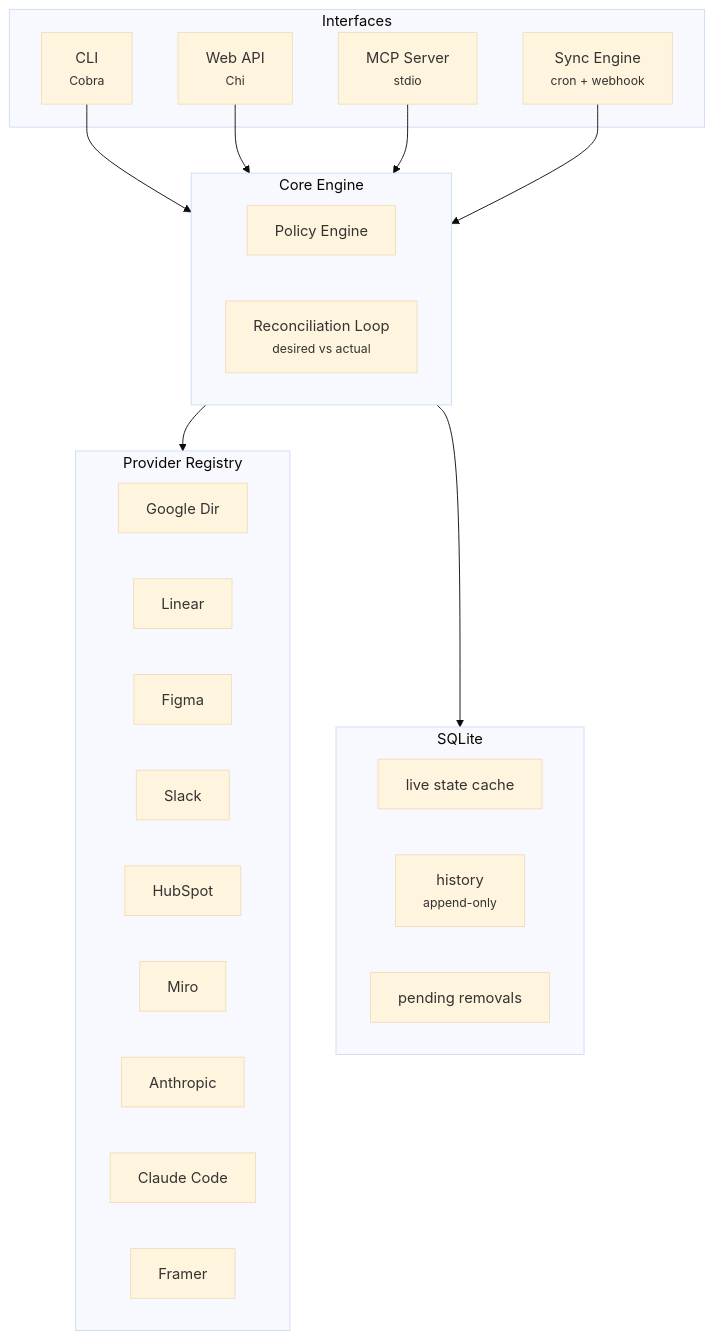
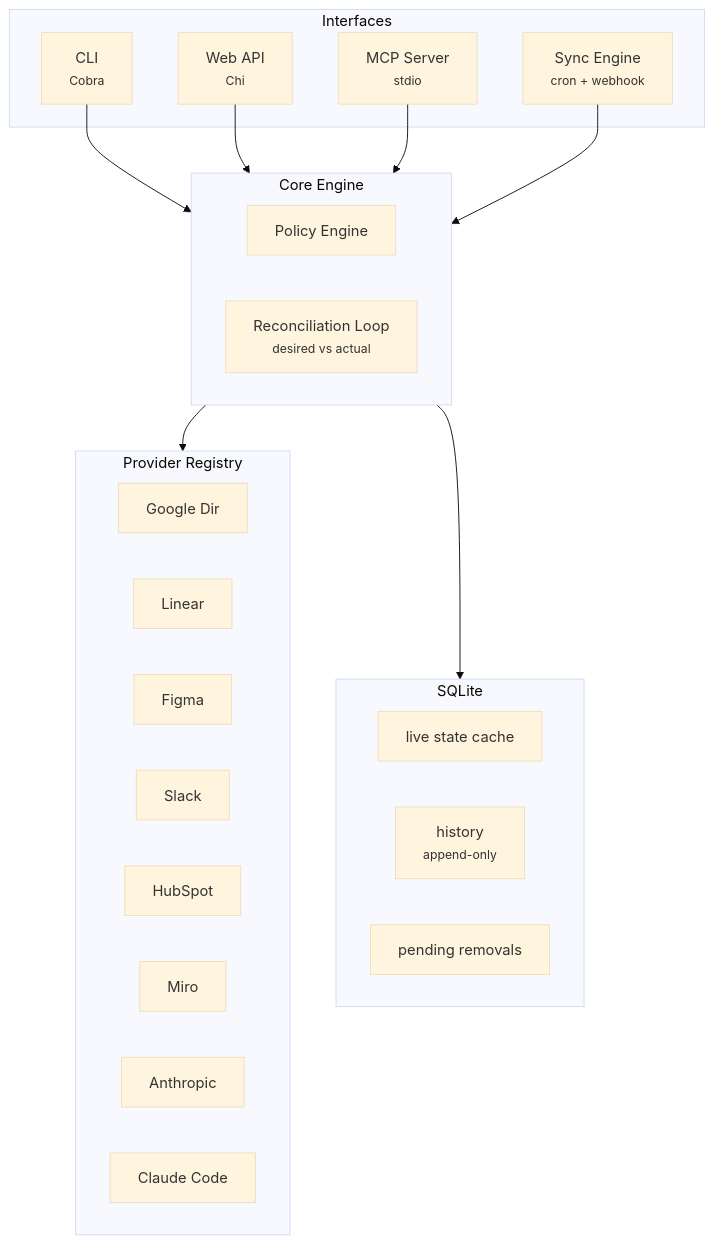
The third of 3 diagrams in README.md (sderosiaux/unseat), drawn with Mermaid (base theme) before and after one commit. The commit also changed other lines of this file and 8 other files, not shown here.

````diff
--- a/README.md
+++ b/README.md
@@ -242,36 +241,35 @@
 ```mermaid
 graph TB
     subgraph Interfaces
         CLI["CLI<br/><small>Cobra</small>"]
         API["Web API<br/><small>Chi</small>"]
         MCP["MCP Server<br/><small>stdio</small>"]
         SYNC["Sync Engine<br/><small>cron + webhook</small>"]
     end
 
     subgraph Core["Core Engine"]
         POLICY["Policy Engine"]
         RECON["Reconciliation Loop<br/><small>desired vs actual</small>"]
     end
 
     subgraph Providers["Provider Registry"]
         GOOGLE["Google Dir"]
         LINEAR["Linear"]
         FIGMA["Figma"]
         SLACK["Slack"]
         HUBSPOT["HubSpot"]
         MIRO["Miro"]
         ANTHROPIC["Anthropic"]
         CLAUDE["Claude Code"]
-        FRAMER["Framer"]
     end
 
     subgraph Storage["SQLite"]
         CACHE["live state cache"]
         HISTORY["history<br/><small>append-only</small>"]
         PENDING["pending removals"]
     end
 
     CLI & API & MCP & SYNC --> Core
     Core --> Providers
     Core --> Storage
 ```
````
